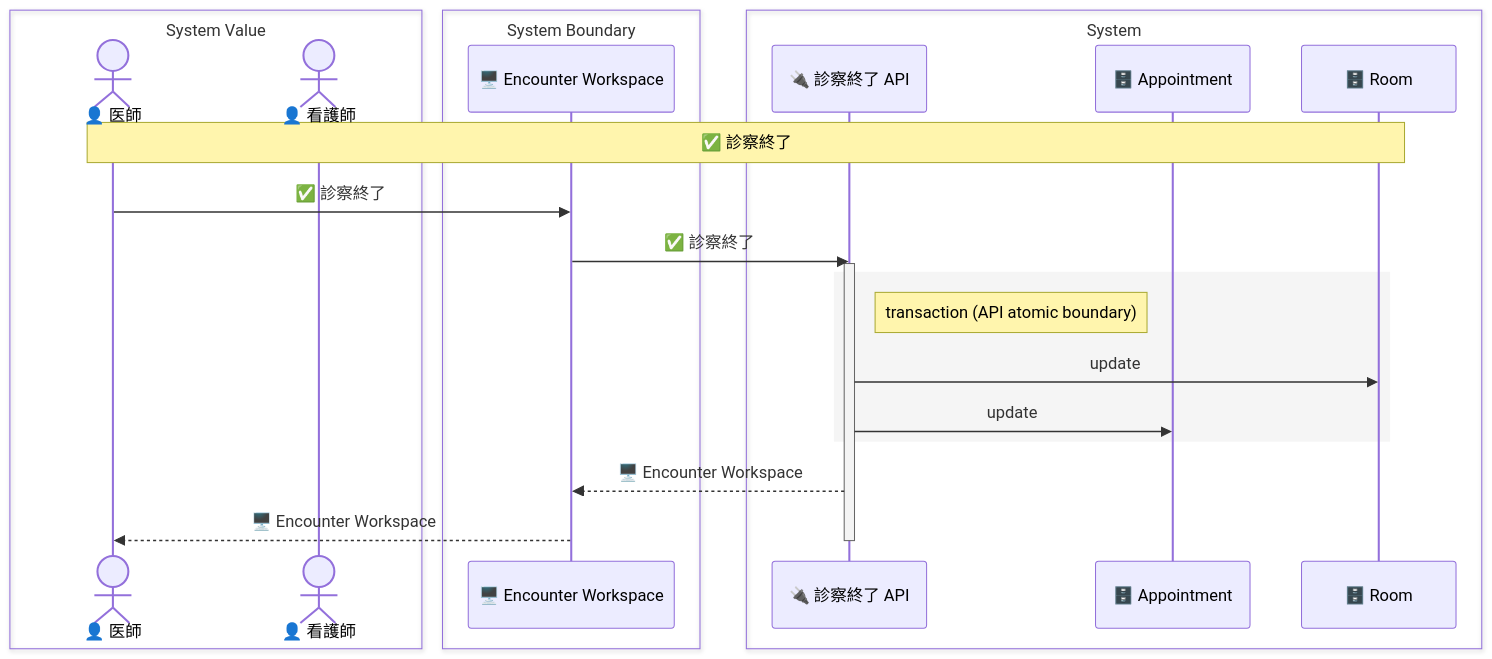
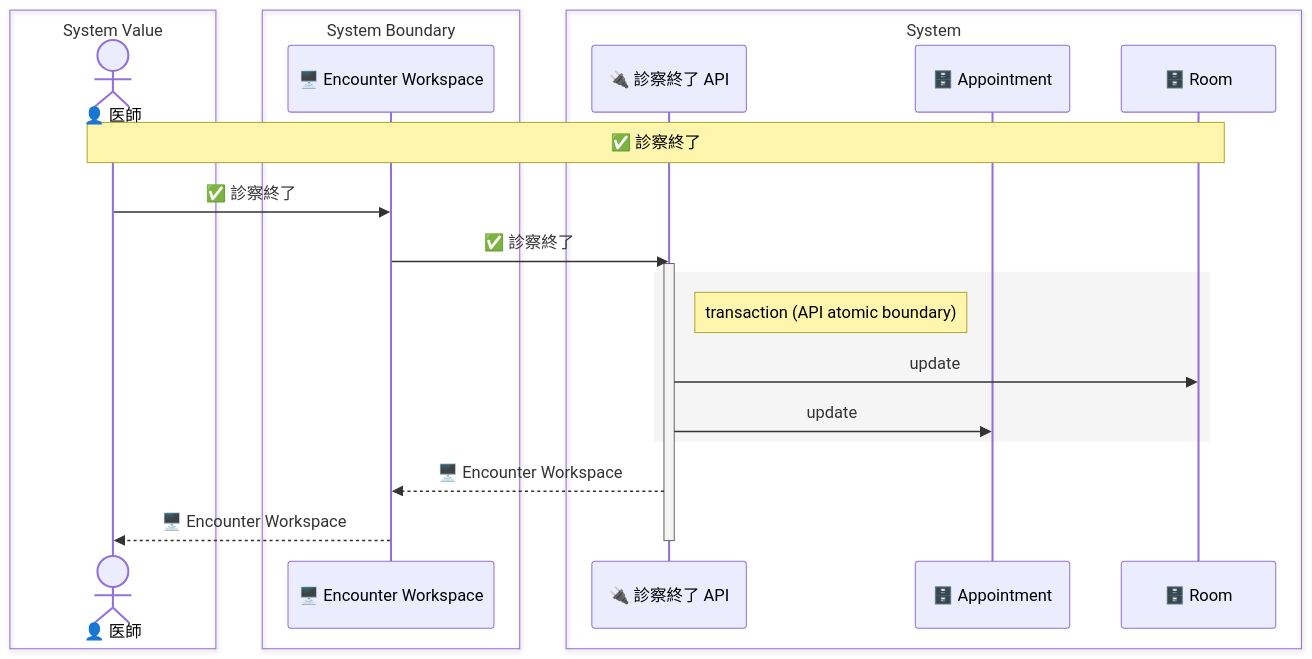
One commit to manji-0/rdra-ish-dsl changed the diagram in samples/clinic-ops/out/uc/sequence_complete_consultation.mmd. Above: the diagram before and after it, drawn with Mermaid. The commit also changed 19 other files, not shown here.

```diff
--- a/samples/clinic-ops/out/uc/sequence_complete_consultation.mmd
+++ b/samples/clinic-ops/out/uc/sequence_complete_consultation.mmd
@@ -1,26 +1,25 @@
 sequenceDiagram
   box System Value
     actor Clinician as 👤 医師
-    actor Nurse as 👤 看護師
   end
   box System Boundary
     participant EncounterWorkspaceScreen as 🖥️ Encounter Workspace
   end
   box System
     participant CompleteConsultationApi as 🔌 診察終了 API
     participant Appointment as 🗄️ Appointment
     participant Room as 🗄️ Room
   end
 
   Note over Clinician,Room: ✅ 診察終了
   Clinician->>EncounterWorkspaceScreen: ✅ 診察終了
   EncounterWorkspaceScreen->>CompleteConsultationApi: ✅ 診察終了
   activate CompleteConsultationApi
   rect rgb(245,245,245)
     Note right of CompleteConsultationApi: transaction (API atomic boundary)
     CompleteConsultationApi->>Room: update
     CompleteConsultationApi->>Appointment: update
   end
   CompleteConsultationApi-->>EncounterWorkspaceScreen: 🖥️ Encounter Workspace
   EncounterWorkspaceScreen-->>Clinician: 🖥️ Encounter Workspace
   deactivate CompleteConsultationApi
```
